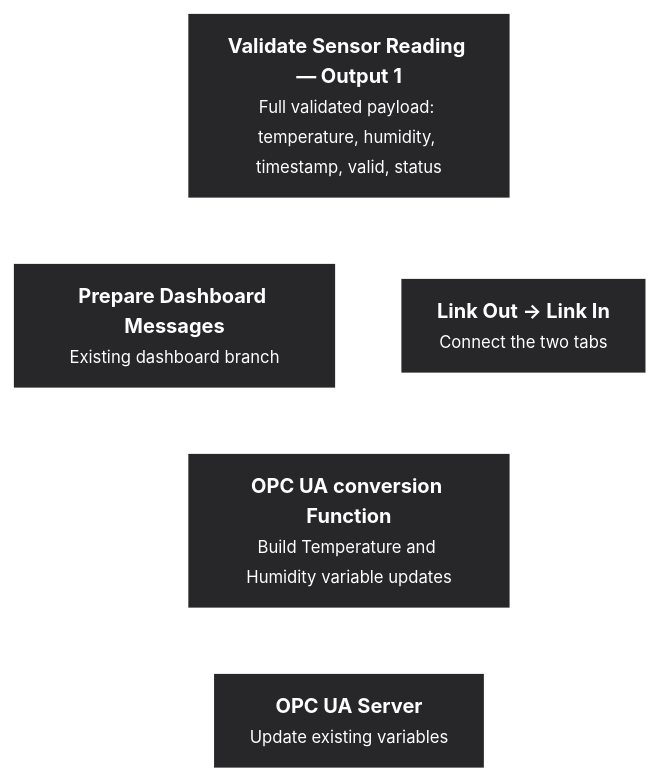
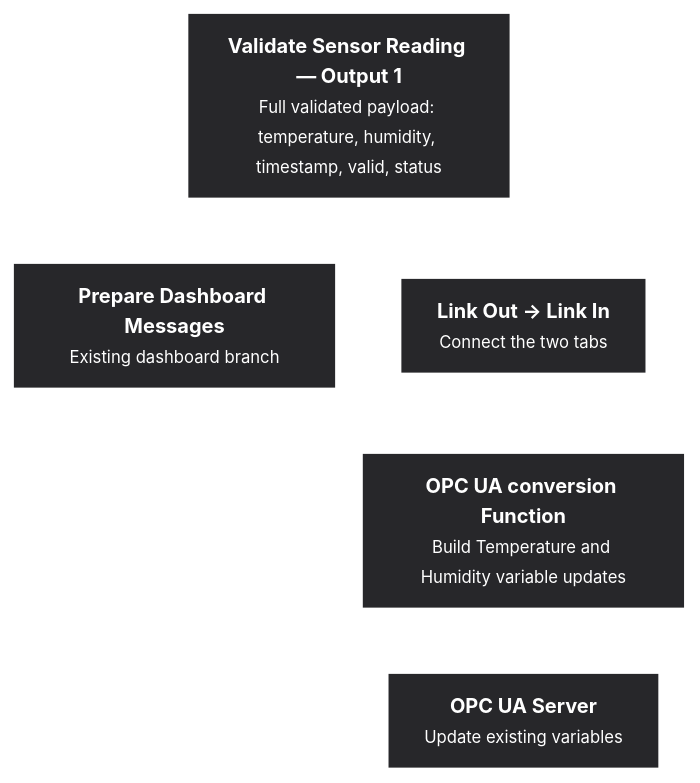
One commit to TQO-001/Networking changed the fourth of 6 diagrams in 01-Notes/01-Beginner/02-Industrial Networking/01-Tasks/06-RaspBerry_Pi_Configuration/09-Setting_Up_A_OPCUA_Server.md. Above: the diagram before and after it, drawn with Mermaid. The commit also changed other lines of this file and 17 other files, not shown here.

````diff
--- a/01-Notes/01-Beginner/02-Industrial Networking/01-Tasks/06-RaspBerry_Pi_Configuration/09-Setting_Up_A_OPCUA_Server.md
+++ b/01-Notes/01-Beginner/02-Industrial Networking/01-Tasks/06-RaspBerry_Pi_Configuration/09-Setting_Up_A_OPCUA_Server.md
@@ -791,24 +807,23 @@
 ```mermaid
 graph TD
     A["<b>Validate Sensor Reading — Output 1</b><br/><small>Full validated payload: temperature, humidity, timestamp, valid, status</small>"]
     
     B["<b>Prepare Dashboard Messages</b><br/><small>Existing dashboard branch</small>"]
     C["<b>Link Out → Link In</b><br/><small>Connect the two tabs</small>"]
     
     D["<b>OPC UA conversion Function</b><br/><small>Build Temperature and Humidity variable updates</small>"]
     E["<b>OPC UA Server</b><br/><small>Update existing variables</small>"]
 
     A ==> B
     A ==> C
-    B ==> D
     C ==> D
     D ==> E
 
     style A fill:#27272a,stroke:#ffffff,stroke-width:3px,color:#ffffff,rx:0px,ry:0px
     style B fill:#27272a,stroke:#ffffff,stroke-width:3px,color:#ffffff,rx:0px,ry:0px
     style C fill:#27272a,stroke:#ffffff,stroke-width:3px,color:#ffffff,rx:0px,ry:0px
     style D fill:#27272a,stroke:#ffffff,stroke-width:3px,color:#ffffff,rx:0px,ry:0px
     style E fill:#27272a,stroke:#ffffff,stroke-width:3px,color:#ffffff,rx:0px,ry:0px
 
     linkStyle default stroke:#ffffff,stroke-width:3px;
 ```
````
